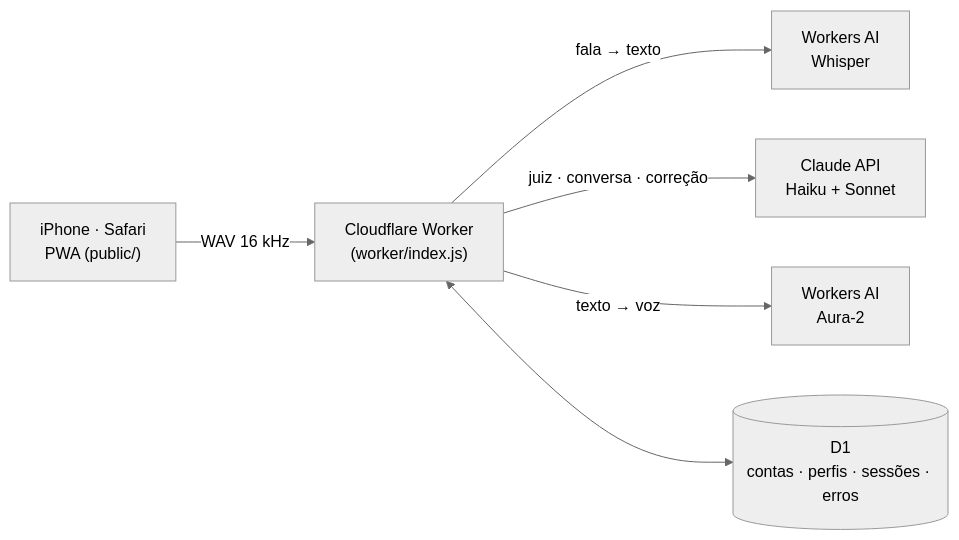
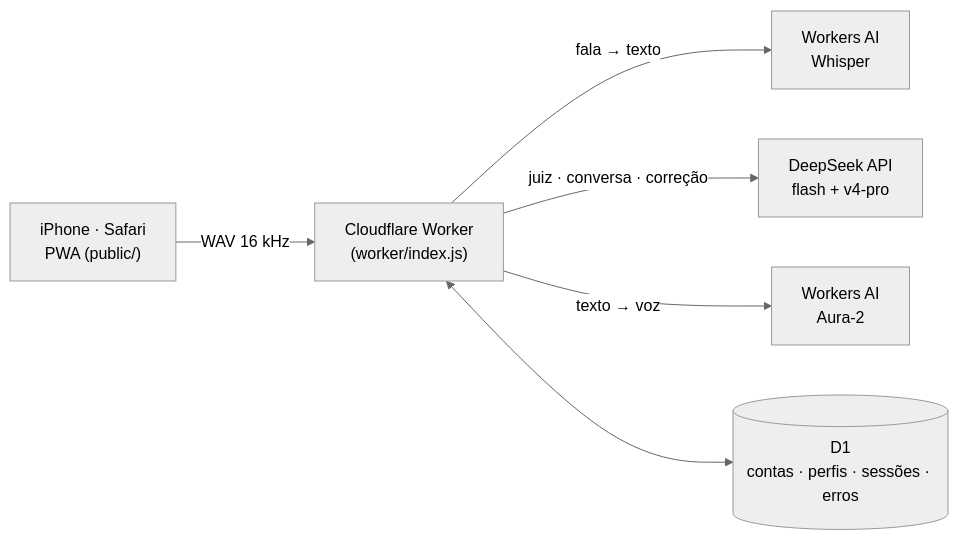
One commit to ronnyarruda20/stepwise changed the diagram in .github/README.md. Above: the diagram before and after it, drawn with Mermaid (neutral theme). The commit also changed other lines of this file and 14 other files, not shown here.

First line of the commit message:
IA de texto na DeepSeek, voz no MeloTTS e cota do Workers AI

````diff
--- a/.github/README.md
+++ b/.github/README.md
@@ -103,8 +113,8 @@
 ```mermaid
 flowchart LR
   A["iPhone · Safari<br/>PWA (public/)"] -- "WAV 16 kHz" --> W["Cloudflare Worker<br/>(worker/index.js)"]
   W -- "fala → texto" --> WH["Workers AI<br/>Whisper"]
-  W -- "juiz · conversa · correção" --> C["Claude API<br/>Haiku + Sonnet"]
+  W -- "juiz · conversa · correção" --> C["DeepSeek API<br/>flash + v4-pro"]
   W -- "texto → voz" --> AU["Workers AI<br/>Aura-2"]
   W <--> D[("D1<br/>contas · perfis · sessões · erros")]
 ```
````
